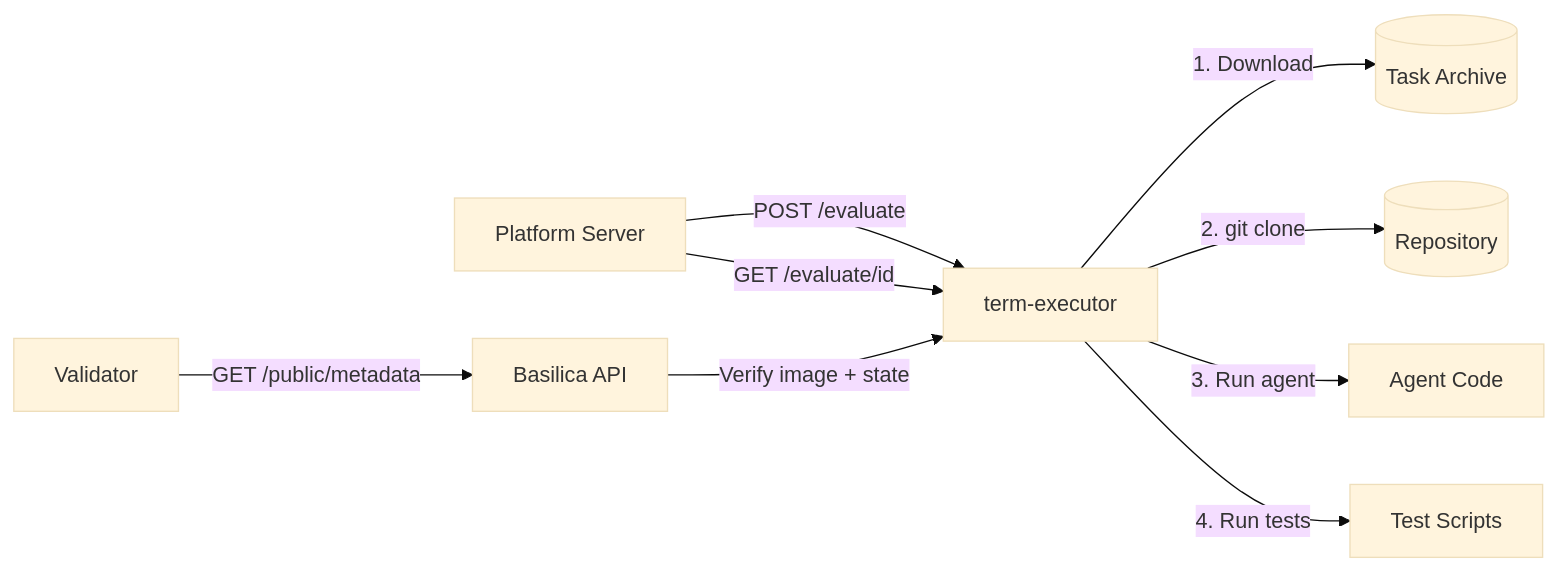
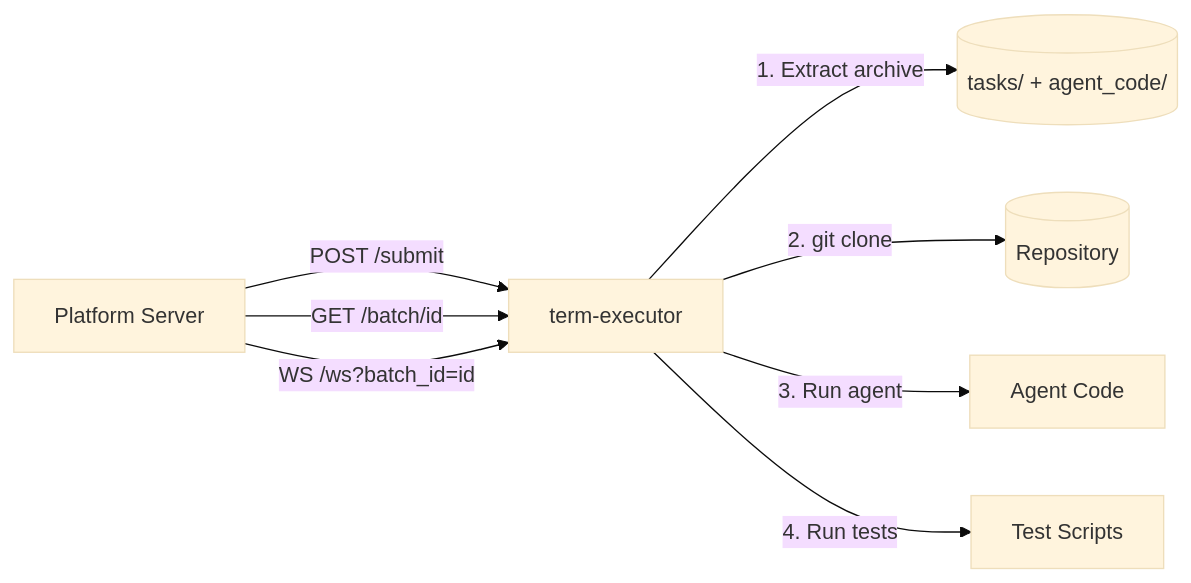
One commit to PlatformNetwork/term-executor changed the first of 2 diagrams in README.md. Above: the diagram before and after it, drawn with Mermaid (base theme). The commit also changed other lines of this file and 12 other files, not shown here.

First line of the commit message:
feat(executor): add SWE-bench batch evaluation with hotkey auth and WebSocket streaming (#2)

````diff
--- a/README.md
+++ b/README.md
@@ -7,11 +7,10 @@
 ```mermaid
 graph LR
-    PS[Platform Server] -->|POST /evaluate| TE[term-executor]
-    TE -->|1. Download| Task[(Task Archive)]
+    PS[Platform Server] -->|POST /submit| TE[term-executor]
+    TE -->|1. Extract archive| Tasks[(tasks/ + agent_code/)]
     TE -->|2. git clone| Repo[(Repository)]
     TE -->|3. Run agent| Agent[Agent Code]
     TE -->|4. Run tests| Tests[Test Scripts]
-    PS -->|GET /evaluate/id| TE
-    V[Validator] -->|GET /public/metadata| Basilica[Basilica API]
-    Basilica -->|Verify image + state| TE
+    PS -->|GET /batch/id| TE
+    PS -->|WS /ws?batch_id=id| TE
 ```
````
